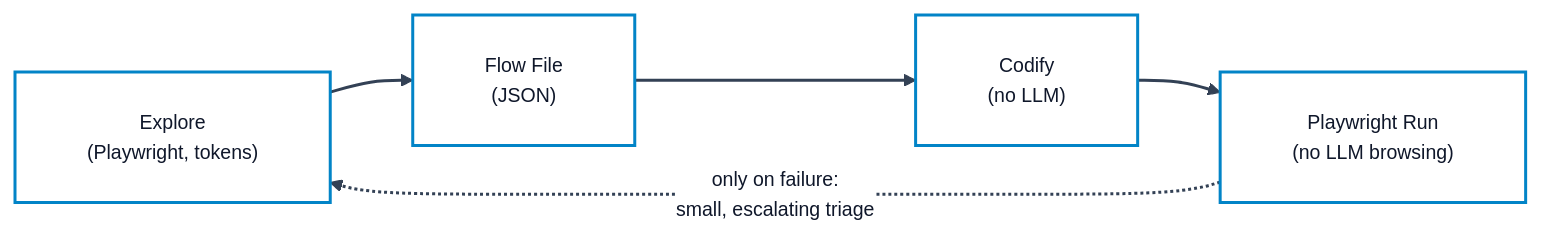
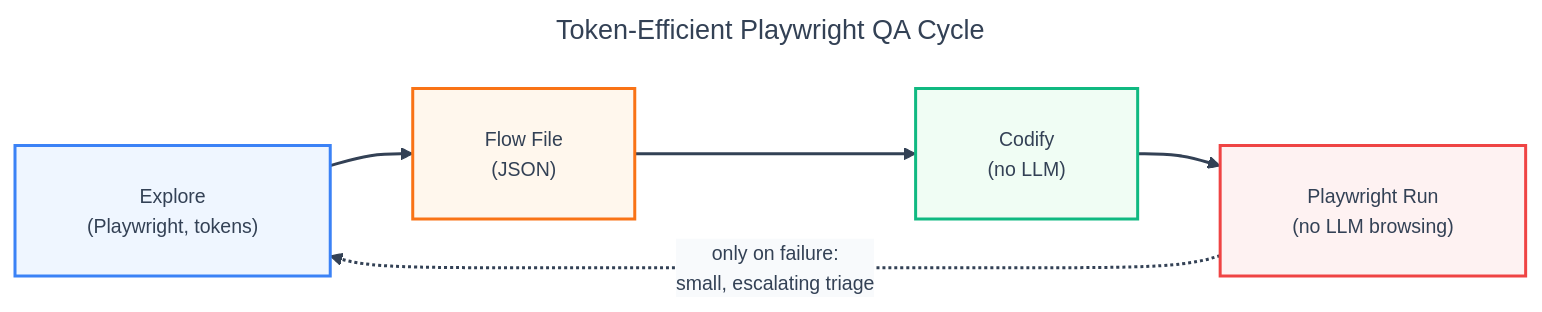
Before and after one commit to andycungkrinx91/konoha: the first of 2 diagrams in docs/QA-AUTOMATION.md, drawn with Mermaid. The commit also changed other lines of this file and 136 other files, not shown here.

````diff
--- a/docs/QA-AUTOMATION.md
+++ b/docs/QA-AUTOMATION.md
@@ -21,33 +21,42 @@
 ```mermaid
 ---
+title: Token-Efficient Playwright QA Cycle
 config:
   theme: base
   themeVariables:
     darkMode: false
     background: '#ffffff'
-    mainBkg: '#ffffff'
-    primaryColor: '#ffffff'
-    primaryTextColor: '#0f172a'
-    primaryBorderColor: '#0284c7'
+    mainBkg: '#eff6ff'
+    primaryColor: '#eff6ff'
+    primaryTextColor: '#334155'
+    primaryBorderColor: '#3b82f6'
     lineColor: '#334155'
     arrowheadColor: '#334155'
+    secondaryColor: '#f8fafc'
+    tertiaryColor: '#f0fdf4'
     fontFamily: 'Inter, system-ui, -apple-system, sans-serif'
     fontSize: '13px'
   flowchart:
     nodeSpacing: 45
     rankSpacing: 55
     padding: 24
-    wrappingWidth: 350
+    wrappingWidth: 380
 ---
 flowchart LR
     A["Explore<br/>(Playwright, tokens)"] --> B["Flow File<br/>(JSON)"]
     B --> C["Codify<br/>(no LLM)"]
     C --> D["Playwright Run<br/>(no LLM browsing)"]
     D -. "only on failure:<br/>small, escalating triage" .-> A
 
     linkStyle default stroke:#334155,stroke-width:2px;
-    style A fill:#ffffff,stroke:#0284c7,stroke-width:2px,color:#0f172a
-    style B fill:#ffffff,stroke:#0284c7,stroke-width:2px,color:#0f172a
-    style C fill:#ffffff,stroke:#0284c7,stroke-width:2px,color:#0f172a
-    style D fill:#ffffff,stroke:#0284c7,stroke-width:2px,color:#0f172a
+
+    classDef blueShape fill:#eff6ff,stroke:#3b82f6,color:#334155,stroke-width:2px;
+    classDef orangeShape fill:#fff7ed,stroke:#f97316,color:#334155,stroke-width:2px;
+    classDef greenShape fill:#f0fdf4,stroke:#10b981,color:#334155,stroke-width:2px;
+    classDef redShape fill:#fef2f2,stroke:#ef4444,color:#334155,stroke-width:2px;
+
+    class A blueShape;
+    class B orangeShape;
+    class C greenShape;
+    class D redShape;
 ```
````
